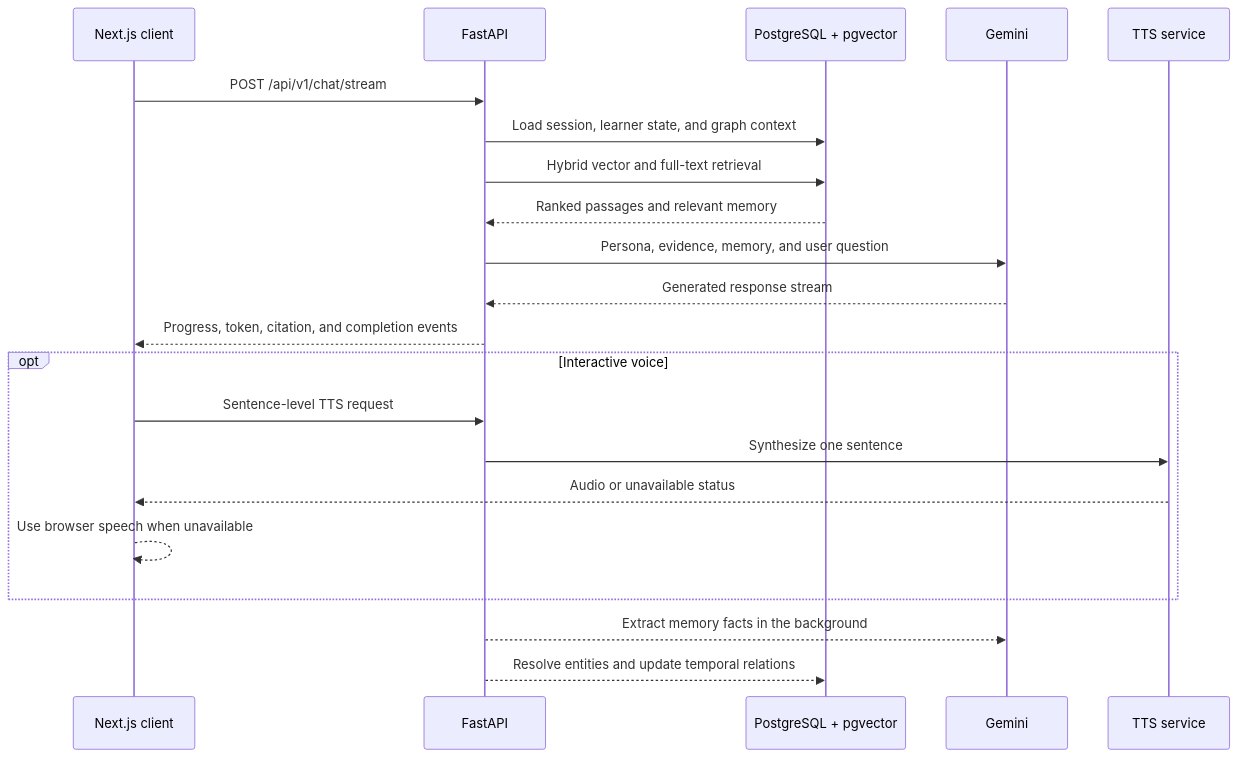
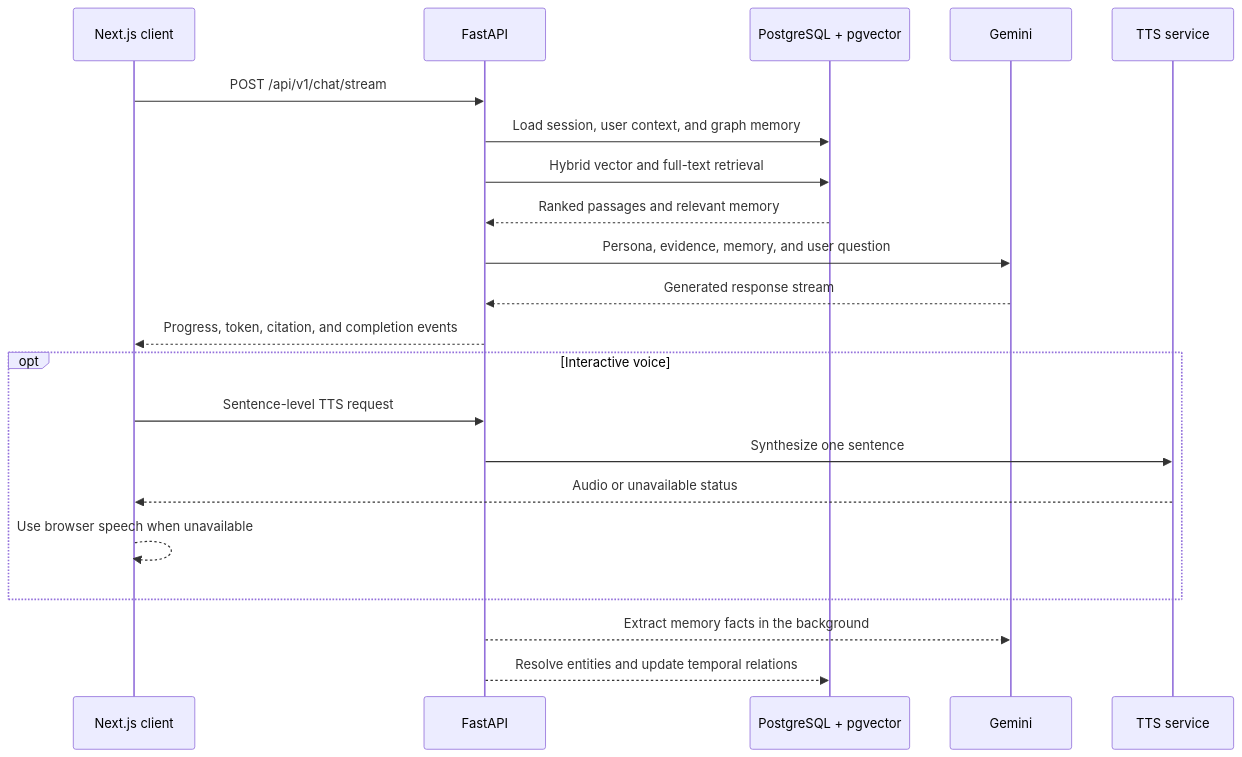
The second of 2 diagrams in README.md (TECHSCHOLAR777/ANDREW-NG-DIGITAL-TWIN), drawn with Mermaid before and after one commit. The commit also changed other lines of this file and 5 other files, not shown here.

````diff
--- a/README.md
+++ b/README.md
@@ -108,24 +109,24 @@
 ```mermaid
 sequenceDiagram
     participant UI as Next.js client
     participant API as FastAPI
     participant DB as PostgreSQL + pgvector
     participant LLM as Gemini
     participant Voice as TTS service
 
     UI->>API: POST /api/v1/chat/stream
-    API->>DB: Load session, learner state, and graph context
+    API->>DB: Load session, user context, and graph memory
     API->>DB: Hybrid vector and full-text retrieval
     DB-->>API: Ranked passages and relevant memory
     API->>LLM: Persona, evidence, memory, and user question
     LLM-->>API: Generated response stream
     API-->>UI: Progress, token, citation, and completion events
     opt Interactive voice
         UI->>API: Sentence-level TTS request
         API->>Voice: Synthesize one sentence
         Voice-->>UI: Audio or unavailable status
         UI-->>UI: Use browser speech when unavailable
     end
     API-->>LLM: Extract memory facts in the background
     API-->>DB: Resolve entities and update temporal relations
 ```
````
